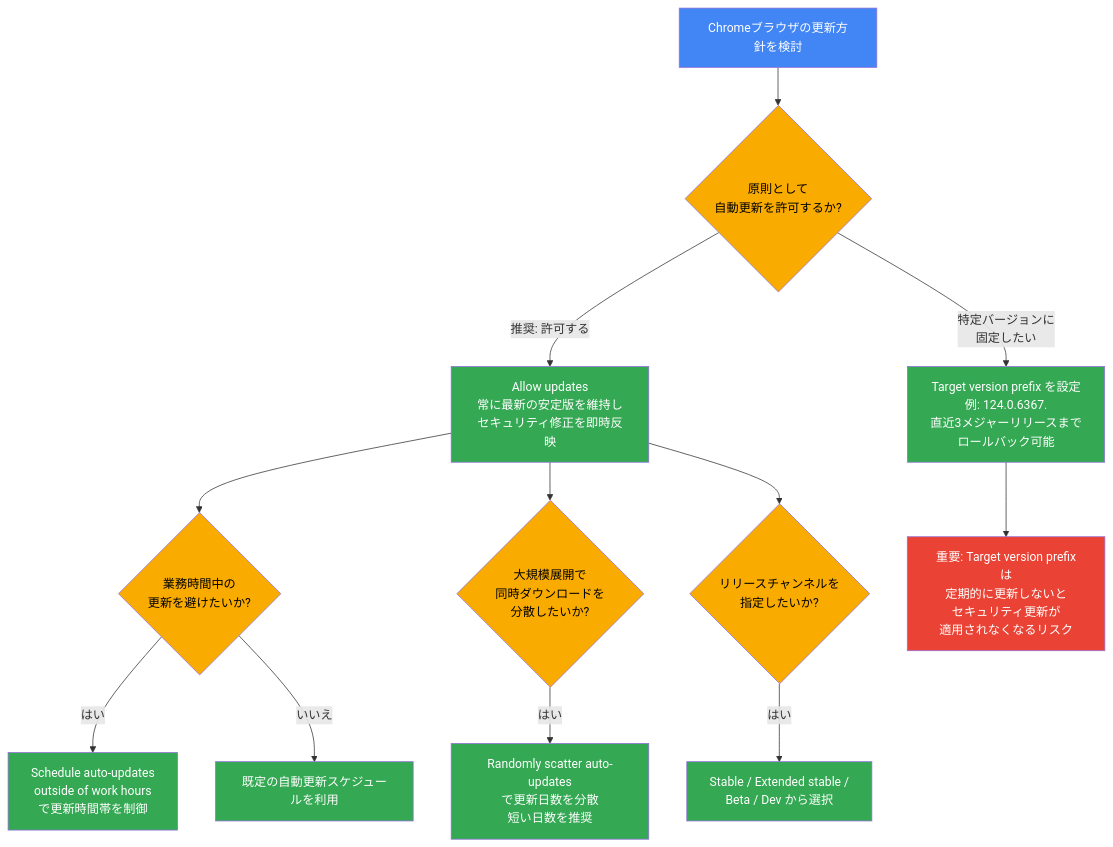
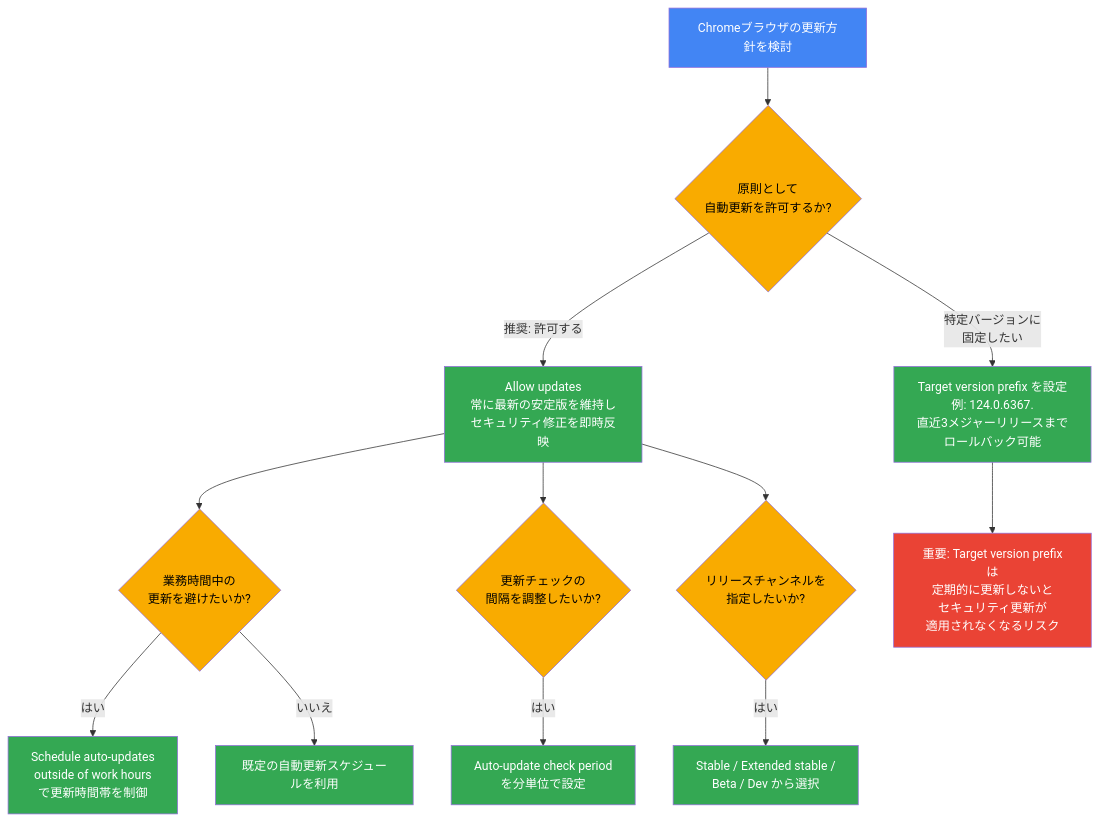
The eighth of 10 diagrams in Agwa-s5-browsers-endpoints.md (myoshi2891/Cloud-Infrastructure-Studies), drawn with Mermaid before and after one commit. The commit also changed other lines of this file, not shown here.

````diff
--- a/Agwa-s5-browsers-endpoints.md
+++ b/Agwa-s5-browsers-endpoints.md
@@ -379,27 +382,27 @@
 ```mermaid
 flowchart TD
     A["Chromeブラウザの更新方針を検討"] --> B{"原則として<br/>自動更新を許可するか?"}
     B -->|"推奨: 許可する"| C["Allow updates<br/>常に最新の安定版を維持し<br/>セキュリティ修正を即時反映"]
     B -->|"特定バージョンに<br/>固定したい"| D["Target version prefix を設定<br/>例: 124.0.6367.<br/>直近3メジャーリリースまで<br/>ロールバック可能"]
 
     C --> E{"業務時間中の<br/>更新を避けたいか?"}
     E -->|"はい"| F["Schedule auto-updates<br/>outside of work hours<br/>で更新時間帯を制御"]
     E -->|"いいえ"| G["既定の自動更新スケジュールを利用"]
 
-    C --> H{"大規模展開で<br/>同時ダウンロードを<br/>分散したいか?"}
-    H -->|"はい"| I["Randomly scatter auto-updates<br/>で更新日数を分散<br/>短い日数を推奨"]
+    C --> H{"更新チェックの<br/>間隔を調整したいか?"}
+    H -->|"はい"| I["Auto-update check period<br/>を分単位で設定"]
 
     D --> J["重要: Target version prefixは<br/>定期的に更新しないと<br/>セキュリティ更新が<br/>適用されなくなるリスク"]
 
     C --> K{"リリースチャンネルを<br/>指定したいか?"}
     K -->|"はい"| L["Stable / Extended stable /<br/>Beta / Dev から選択"]
 
     classDef startFill fill:#4285f4,color:#ffffff
     classDef qFill fill:#f9ab00,color:#000000
     classDef resultFill fill:#34a853,color:#ffffff
     classDef warnFill fill:#ea4335,color:#ffffff
     class A startFill
     class B,E,H,K qFill
     class C,D,F,G,I,L resultFill
     class J warnFill
 ```
````
